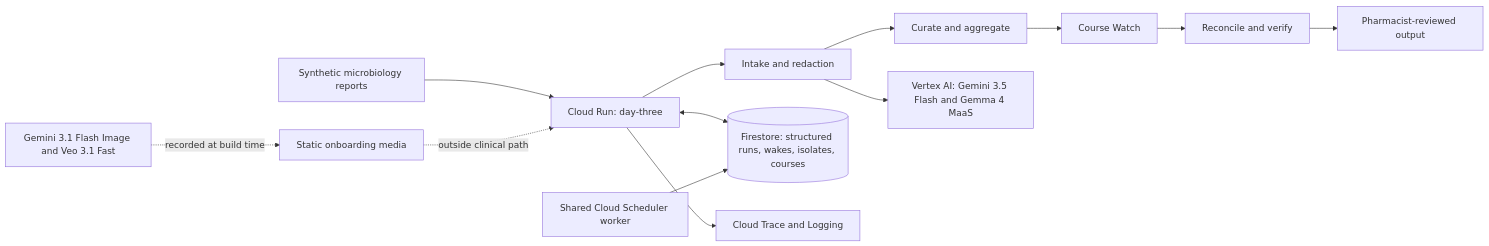
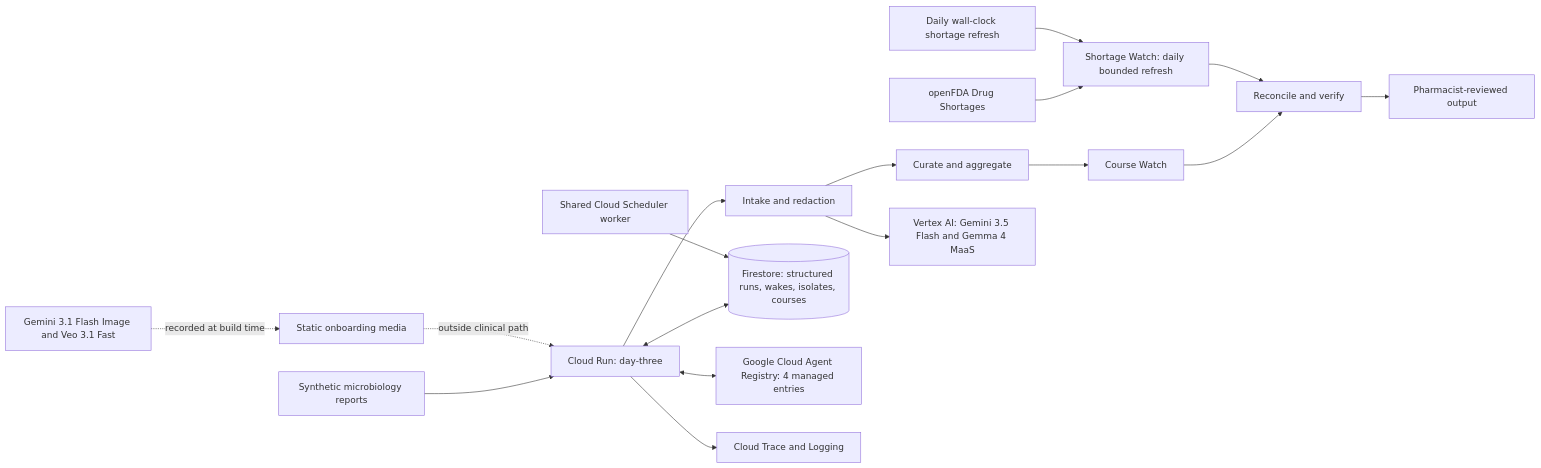
Before and after one commit to usv240/day-three: the diagram in README.md, drawn with Mermaid. The commit also changed other lines of this file and 34 other files, not shown here.

````diff
--- a/README.md
+++ b/README.md
@@ -70,15 +71,19 @@
 ```mermaid
 flowchart LR
     A[Synthetic microbiology reports] --> B[Cloud Run: day-three]
     B --> I[Intake and redaction]
     I --> C[Curate and aggregate]
     C --> W[Course Watch]
     W --> R[Reconcile and verify]
+    D[openFDA Drug Shortages] --> SW[Shortage Watch: daily bounded refresh]
+    SW --> R
+    DS[Daily wall-clock shortage refresh] --> SW
     B <--> F[(Firestore: structured runs, wakes, isolates, courses)]
     I --> V[Vertex AI: Gemini 3.5 Flash and Gemma 4 MaaS]
     S[Shared Cloud Scheduler worker] --> F
+    B <--> G[Google Cloud Agent Registry: 4 managed entries]
     B --> T[Cloud Trace and Logging]
     R --> H[Pharmacist-reviewed output]
     M[Gemini 3.1 Flash Image and Veo 3.1 Fast] -. recorded at build time .-> O[Static onboarding media]
     O -. outside clinical path .-> B
 ```
````
